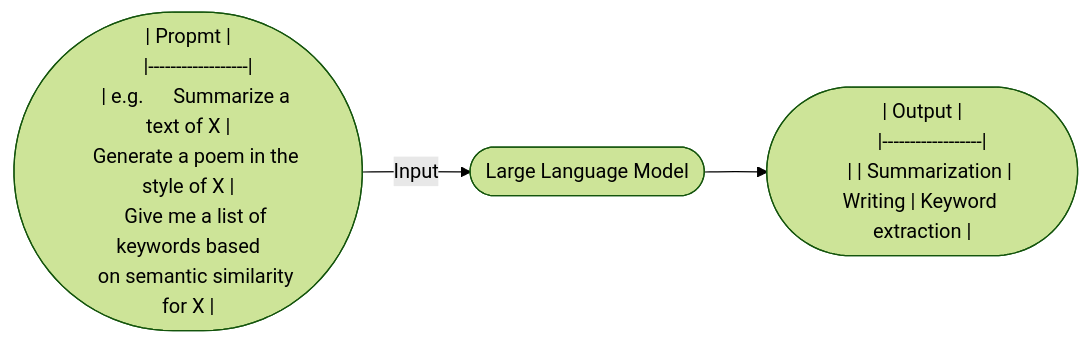
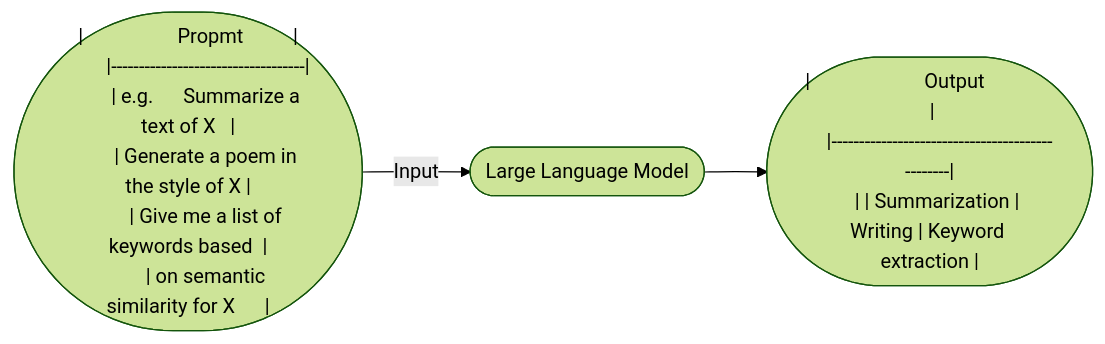
One commit to ingcdsantamaria/learning_IA changed the fourth of 4 diagrams in README.md. Above: the diagram before and after it, drawn with Mermaid (forest theme). The commit also changed other lines of this file, not shown here.

Commit message:
Se agrega informacion sobre prompts

````diff
--- a/README.md
+++ b/README.md
@@ -229,16 +231,16 @@
 ```mermaid
 flowchart LR
-    A(["| Propmt |
-    |------------------|
-    | e.g.      Summarize a text of X |
-    Generate a poem in the style of X |
-    Give me a list of keywords based
-    on semantic similarity for X |"])
+    A(["|                   Propmt          |
+        |-----------------------------------|
+        | e.g.      Summarize a text of X   |
+        | Generate a poem in the style of X |
+        | Give me a list of keywords based  |
+        | on semantic similarity for X      |"])
     B(["Large Language Model"])
-    C(["| Output |
-    |------------------|
+    C(["|                       Output               |
+    |------------------------------------------------|
     | | Summarization | Writing | Keyword extraction |"])
     A--Input-->B
     B-->C
 
 ```
````
